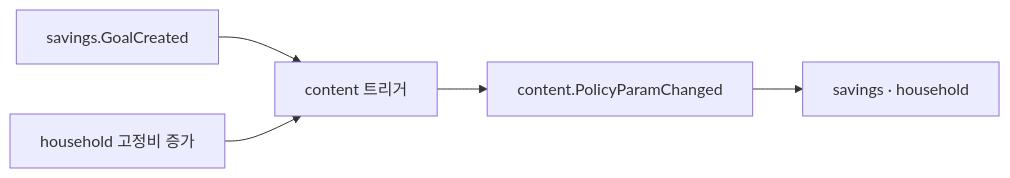
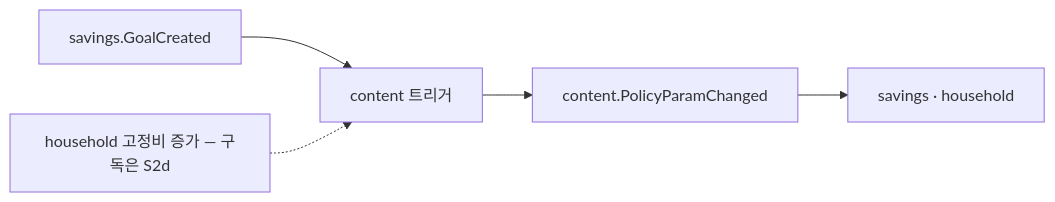
One commit to kwangyoulsagong/SALT changed the diagram in pm/requirements/specs/in-progress/FEATURE-014-money-tips.md. Above: the diagram before and after it, drawn with Mermaid. The commit also changed other lines of this file and 7 other files, not shown here.

````diff
--- a/pm/requirements/specs/in-progress/FEATURE-014-money-tips.md
+++ b/pm/requirements/specs/in-progress/FEATURE-014-money-tips.md
@@ -89,6 +93,6 @@
 ```mermaid
 flowchart LR
   SV[savings.GoalCreated] --> CT[content 트리거]
-  HH[household 고정비 증가] --> CT
+  HH[household 고정비 증가 — 구독은 S2d] -.-> CT
   CT --> P[content.PolicyParamChanged] --> SV2[savings · household]
 ```
````
